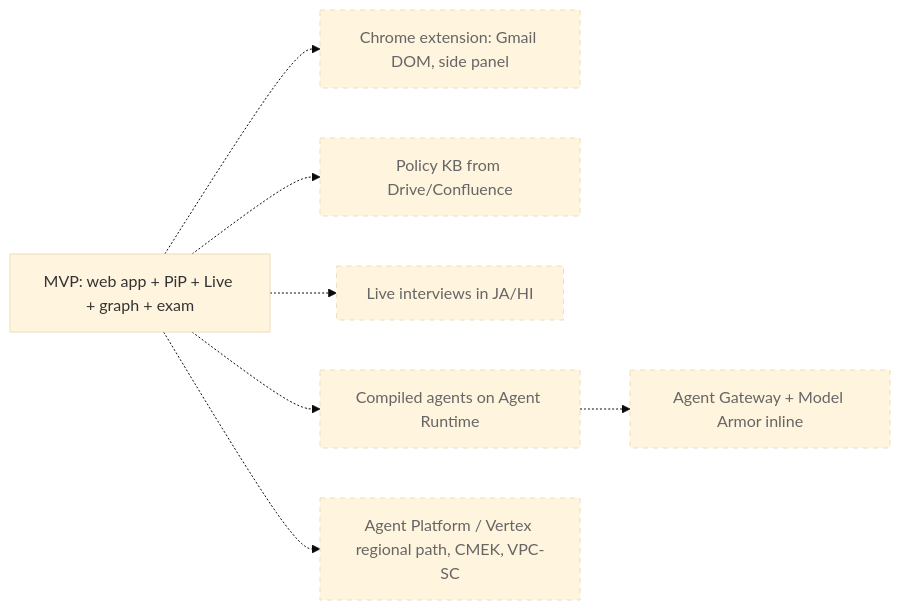
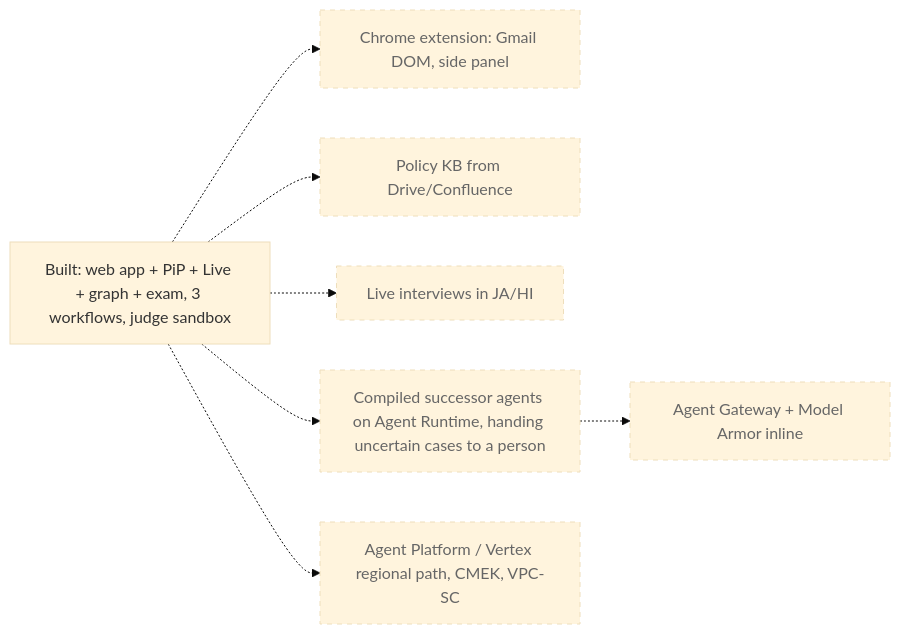
Before and after one commit to saikosis/apprentice-agent: the sixth of 8 diagrams in docs/ARCHITECTURE.md, drawn with Mermaid (base theme). The commit also changed other lines of this file and 2 other files, not shown here.

First line of the commit message:
README for evaluators (live URL, problem, what it does, results, how it's built); architecture and spec brought up to date

`````diff
--- a/docs/ARCHITECTURE.md
+++ b/docs/ARCHITECTURE.md
@@ -179,11 +193,11 @@
 ````mermaid
 flowchart LR
-  MVP[MVP: web app + PiP + Live + graph + exam]
+  MVP[Built: web app + PiP + Live + graph + exam, 3 workflows, judge sandbox]
   MVP -.-> EXT[Chrome extension: Gmail DOM, side panel]:::r
   MVP -.-> KB[Policy KB from Drive/Confluence]:::r
   MVP -.-> ML[Live interviews in JA/HI]:::r
-  MVP -.-> FLEET[Compiled agents on Agent Runtime]:::r
+  MVP -.-> FLEET[Compiled successor agents on Agent Runtime, handing uncertain cases to a person]:::r
   FLEET -.-> GW[Agent Gateway + Model Armor inline]:::r
   MVP -.-> VTX[Agent Platform / Vertex regional path, CMEK, VPC-SC]:::r
   classDef r stroke-dasharray: 5 5,color:#666;
 ````
`````
